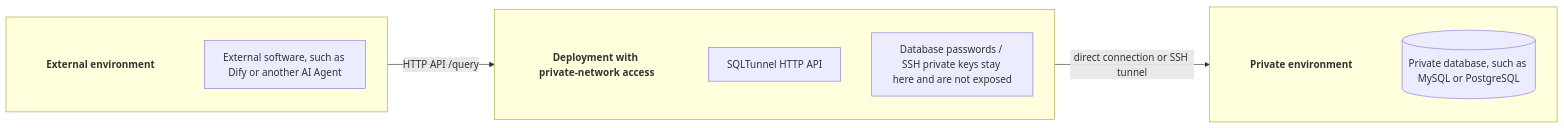
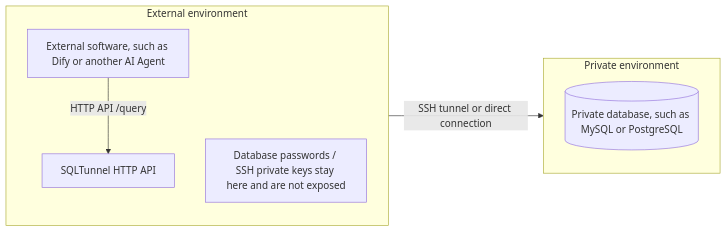
One commit to NemoAlex/SQLTunnel changed the diagram in README.md. Above: the diagram before and after it, drawn with Mermaid. The commit also changed other lines of this file and 1 other file, not shown here.

Commit message:
Clarify README deployment flow

````diff
--- a/README.md
+++ b/README.md
@@ -26,28 +26,17 @@
 ```mermaid
 flowchart LR
-  subgraph Clients[" "]
+  subgraph AppSide["External environment"]
     direction TB
-    ClientsTitle["External environment"]
     ExternalApp["External software, such as Dify or another AI Agent"]
-  end
-
-  subgraph Gateway[" "]
-    direction TB
-    GatewayTitle["Deployment with private-network access"]
     SQLTunnel["SQLTunnel HTTP API"]
     Secrets["Database passwords / SSH private keys stay here and are not exposed"]
   end
 
-  subgraph Private[" "]
+  subgraph Private["Private environment"]
     direction TB
-    PrivateTitle["Private environment"]
     Database[("Private database, such as MySQL or PostgreSQL")]
   end
 
   ExternalApp -->|"HTTP API /query"| SQLTunnel
-  SQLTunnel -->|"direct connection or SSH tunnel"| Database
-
-  style ClientsTitle fill:transparent,stroke:transparent,font-weight:bold
-  style GatewayTitle fill:transparent,stroke:transparent,font-weight:bold
-  style PrivateTitle fill:transparent,stroke:transparent,font-weight:bold
+  SQLTunnel -->|"SSH tunnel or direct connection"| Database
 ```
````
